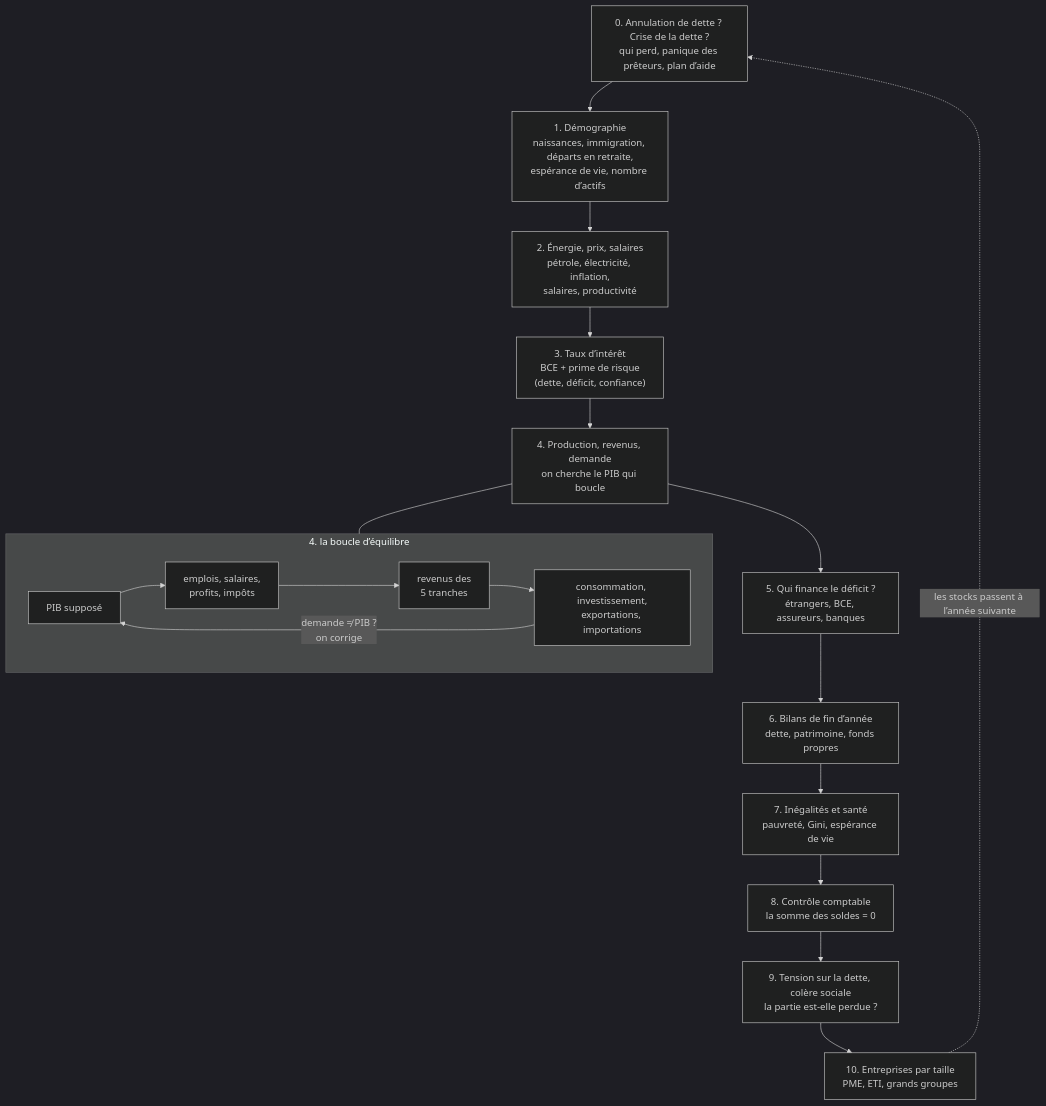
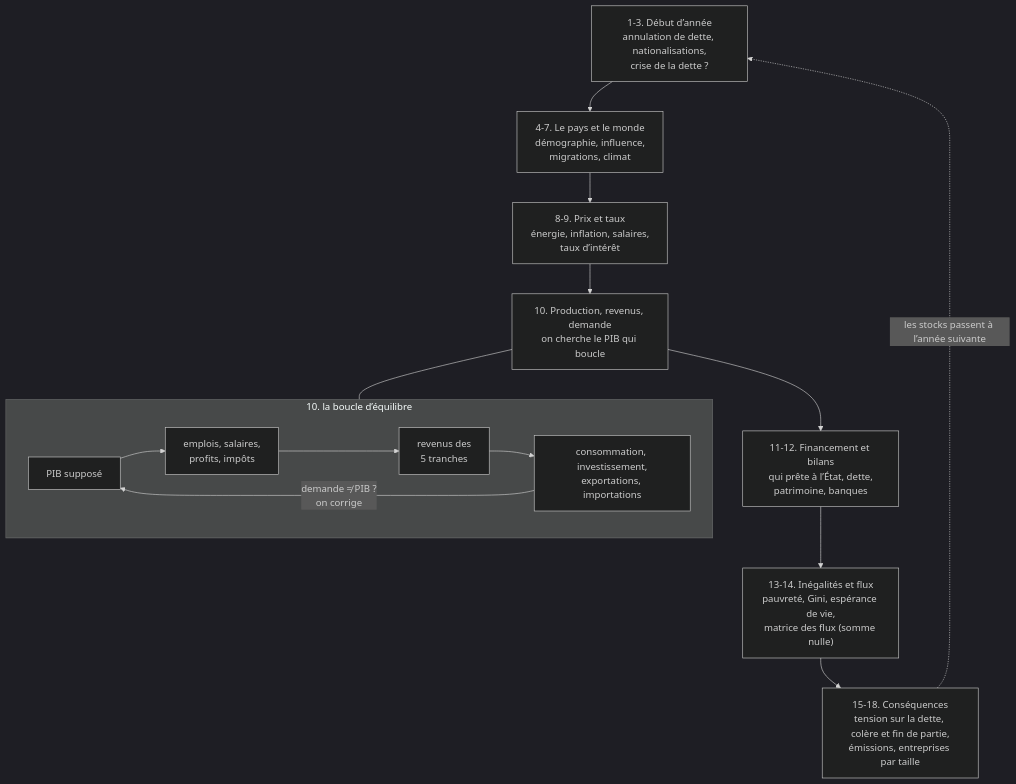
Before and after one commit to ClemDelp/france-sim: the third of 13 diagrams in docs/COMMENT-CA-MARCHE.md, drawn with Mermaid (dark theme). The commit also changed other lines of this file and 2 other files, not shown here.

Commit message:
refactor: number the engine steps 1–18 in execution order
The step comments in sim.ts now follow the order the code runs, and the
"how it works" diagram groups them the same way, so the docs can point
to a step by its number.

````diff
--- a/docs/COMMENT-CA-MARCHE.md
+++ b/docs/COMMENT-CA-MARCHE.md
@@ -81,24 +81,20 @@
 ```mermaid
 flowchart TD
-    A0["0. Annulation de dette ? Crise de la dette ?<br/>qui perd, panique des prêteurs, plan d’aide"] --> A1
-    A1["1. Démographie<br/>naissances, immigration, départs en retraite,<br/>espérance de vie, nombre d’actifs"] --> A2
-    A2["2. Énergie, prix, salaires<br/>pétrole, électricité, inflation,<br/>salaires, productivité"] --> A3
-    A3["3. Taux d’intérêt<br/>BCE + prime de risque<br/>(dette, déficit, confiance)"] --> A4
-    A4["4. Production, revenus, demande<br/>on cherche le PIB qui boucle"] --> A5
-    A5["5. Qui finance le déficit ?<br/>étrangers, BCE, assureurs, banques"] --> A6
-    A6["6. Bilans de fin d’année<br/>dette, patrimoine, fonds propres"] --> A7
-    A7["7. Inégalités et santé<br/>pauvreté, Gini, espérance de vie"] --> A8
-    A8["8. Contrôle comptable<br/>la somme des soldes = 0"] --> A9
-    A9["9. Tension sur la dette, colère sociale<br/>la partie est-elle perdue ?"] --> A10
-    A10["10. Entreprises par taille<br/>PME, ETI, grands groupes"]
-    A10 -. "les stocks passent à l’année suivante" .-> A0
+    A["1-3. Début d’année<br/>annulation de dette, nationalisations,<br/>crise de la dette ?"] --> B
+    B["4-7. Le pays et le monde<br/>démographie, influence,<br/>migrations, climat"] --> C
+    C["8-9. Prix et taux<br/>énergie, inflation, salaires,<br/>taux d’intérêt"] --> D
+    D["10. Production, revenus, demande<br/>on cherche le PIB qui boucle"] --> E
+    E["11-12. Financement et bilans<br/>qui prête à l’État, dette,<br/>patrimoine, banques"] --> F
+    F["13-14. Inégalités et flux<br/>pauvreté, Gini, espérance de vie,<br/>matrice des flux (somme nulle)"] --> G
+    G["15-18. Conséquences<br/>tension sur la dette, colère et fin de partie,<br/>émissions, entreprises par taille"]
+    G -. "les stocks passent à l’année suivante" .-> A
 
-    subgraph boucle["4. la boucle d’équilibre"]
+    subgraph boucle["10. la boucle d’équilibre"]
         direction LR
         PIB["PIB supposé"] --> EMP["emplois, salaires,<br/>profits, impôts"]
         EMP --> REV["revenus des<br/>5 tranches"]
         REV --> DEM["consommation, investissement,<br/>exportations, importations"]
         DEM -- "demande ≠ PIB ?<br/>on corrige" --> PIB
     end
-    A4 --- boucle
+    D --- boucle
 ```
````
